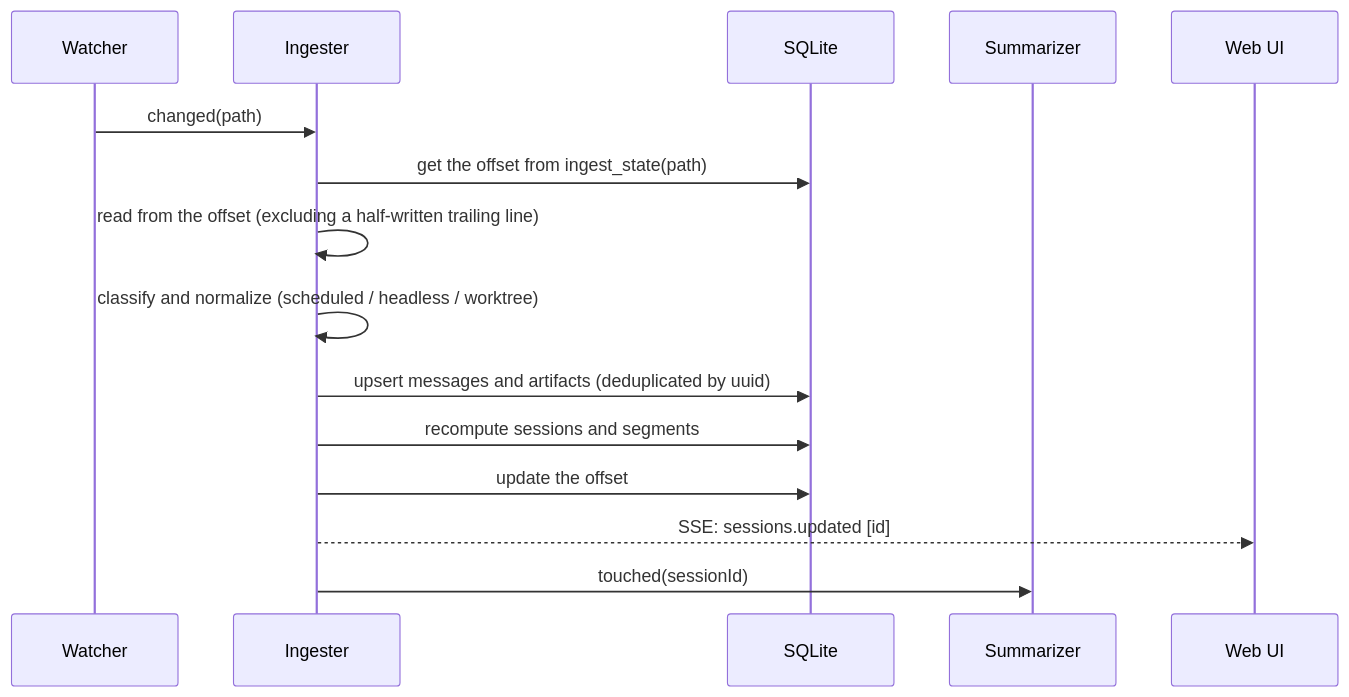
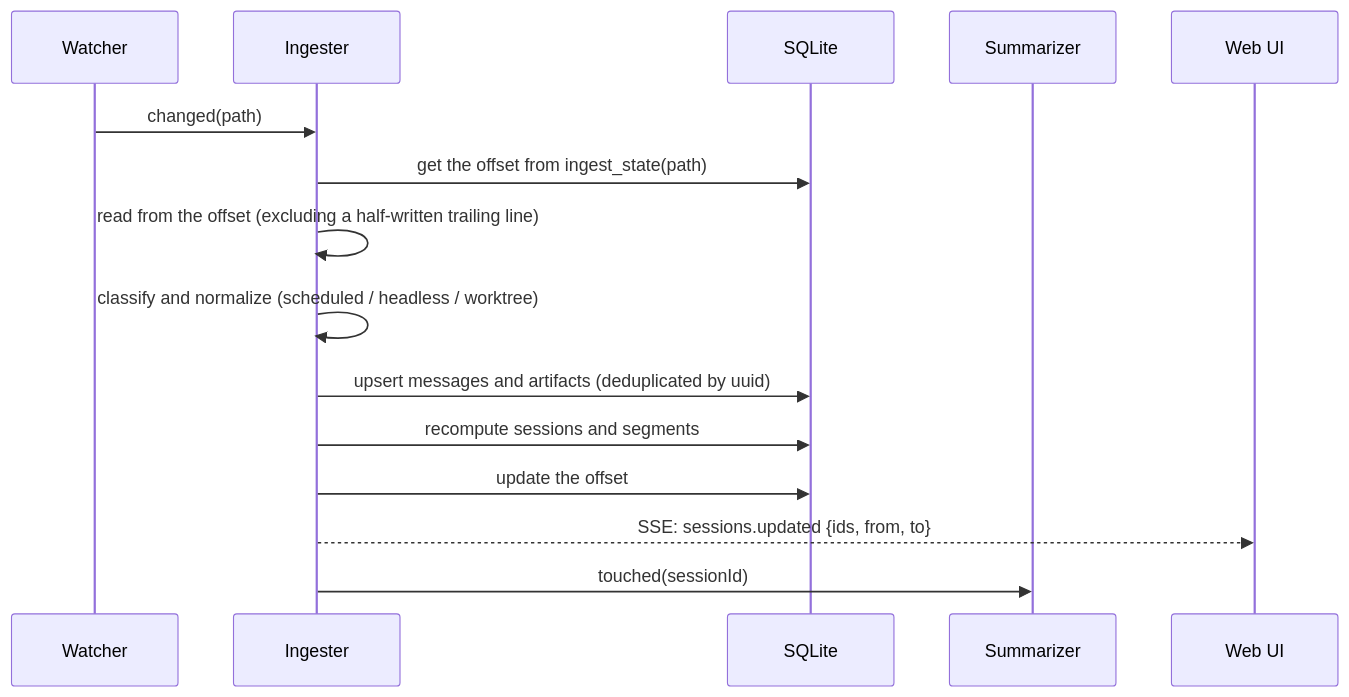
The second of 3 diagrams in ARCHITECTURE.md (atsuki-shirasawa/kairos), drawn with Mermaid before and after one commit. The commit also changed 15 other files, not shown here.

````diff
--- a/ARCHITECTURE.md
+++ b/ARCHITECTURE.md
@@ -66,18 +66,18 @@
 ```mermaid
 sequenceDiagram
     participant W as Watcher
     participant I as Ingester
     participant DB as SQLite
     participant S as Summarizer
     participant UI as Web UI
 
     W->>I: changed(path)
     I->>DB: get the offset from ingest_state(path)
     I->>I: read from the offset (excluding a half-written trailing line)
     I->>I: classify and normalize (scheduled / headless / worktree)
     I->>DB: upsert messages and artifacts (deduplicated by uuid)
     I->>DB: recompute sessions and segments
     I->>DB: update the offset
-    I-->>UI: SSE: sessions.updated [id]
+    I-->>UI: SSE: sessions.updated {ids, from, to}
     I->>S: touched(sessionId)
 ```
````
